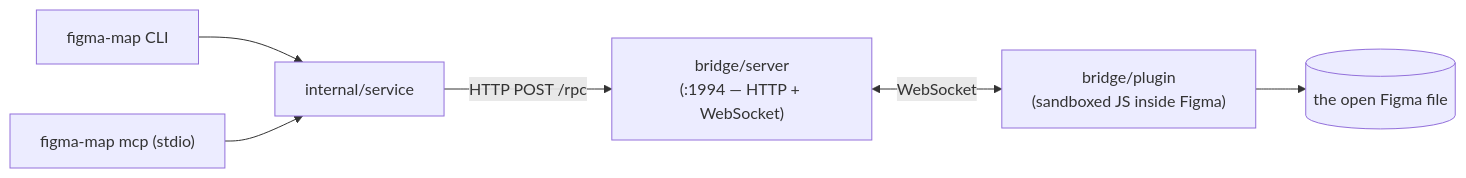
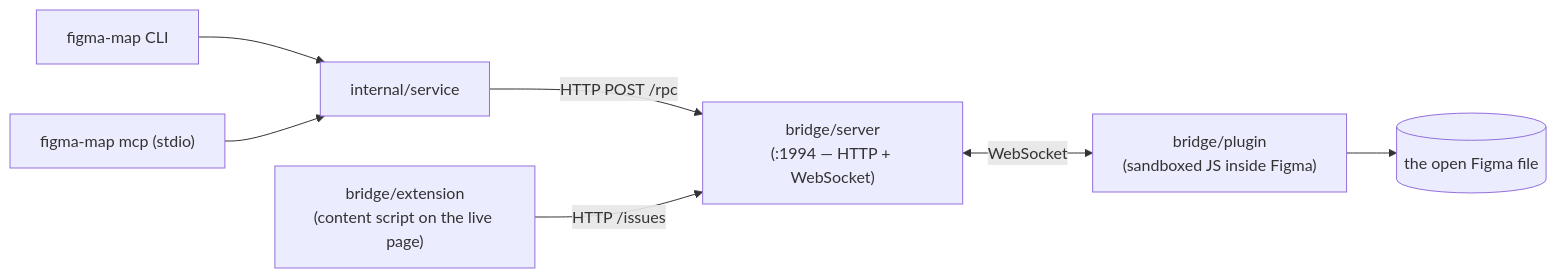
One commit to KirillBaranov/figma-map changed the first of 3 diagrams in README.md. Above: the diagram before and after it, drawn with Mermaid. The commit also changed other lines of this file and 2 other files, not shown here.

First line of the commit message:
docs: layer-boundaries ADR, README architecture update, dev workflow notes

````diff
--- a/README.md
+++ b/README.md
@@ -283,8 +291,9 @@
 ```mermaid
 flowchart LR
     CLI["figma-map CLI"] --> SVC
     MCP["figma-map mcp (stdio)"] --> SVC
     SVC["internal/service"] -->|HTTP POST /rpc| Bridge
     Bridge["bridge/server\n(:1994 — HTTP + WebSocket)"] <-->|WebSocket| Plugin
     Plugin["bridge/plugin\n(sandboxed JS inside Figma)"] --> Doc[("the open Figma file")]
+    Ext["bridge/extension\n(content script on the live page)"] -->|HTTP /issues| Bridge
 ```
````
